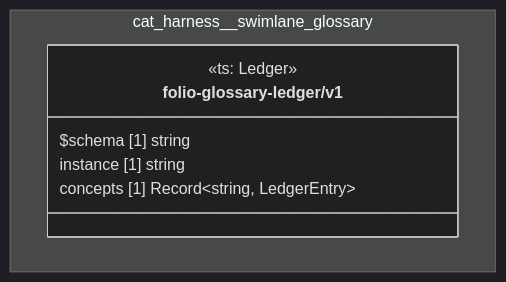
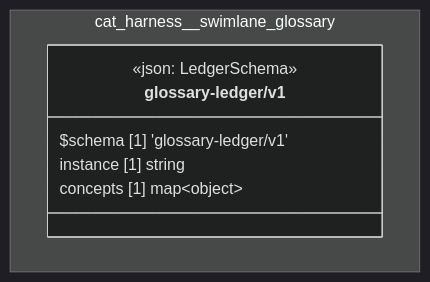
One commit to litlfred/folio-assistant changed the diagram in cat-harness/docs/uml/overview/cat-harness/swimlane-glossary.md. Above: the diagram before and after it, drawn with Mermaid (dark theme). The commit also changed other lines of this file and 56 other files, not shown here.

First line of the commit message:
Regenerate what group D moved: UML overview (bootstrap has no qa graph), glossary, schema page, READMEs, .pot templates, handler index

````diff
--- a/cat-harness/docs/uml/overview/cat-harness/swimlane-glossary.md
+++ b/cat-harness/docs/uml/overview/cat-harness/swimlane-glossary.md
@@ -42,13 +42,13 @@
 ```mermaid
 classDiagram
   direction TB
   namespace cat_harness__swimlane_glossary {
-    class cat_harness_swimlane_glossary_folio_glossary_ledger_v1["folio-glossary-ledger/v1"] {
-      <<ts: Ledger>>
-      $schema [1] string
+    class cat_harness_swimlane_glossary_glossary_ledger_v1_glossary_ledger_v1["glossary-ledger/v1"] {
+      <<json: LedgerSchema>>
+      $schema [1] 'glossary-ledger/v1'
       instance [1] string
-      concepts [1] Record~string, LedgerEntry~
+      concepts [1] map~object~
     }
   }
-  cssClass "cat_harness_swimlane_glossary_folio_glossary_ledger_v1" fa_uml_kind_swimlane_glossary
+  cssClass "cat_harness_swimlane_glossary_glossary_ledger_v1_glossary_ledger_v1" fa_uml_kind_swimlane_glossary
 ```
````
